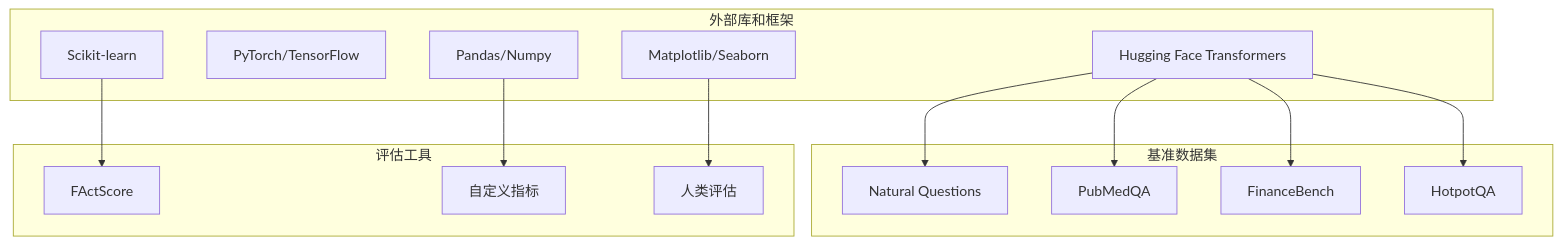
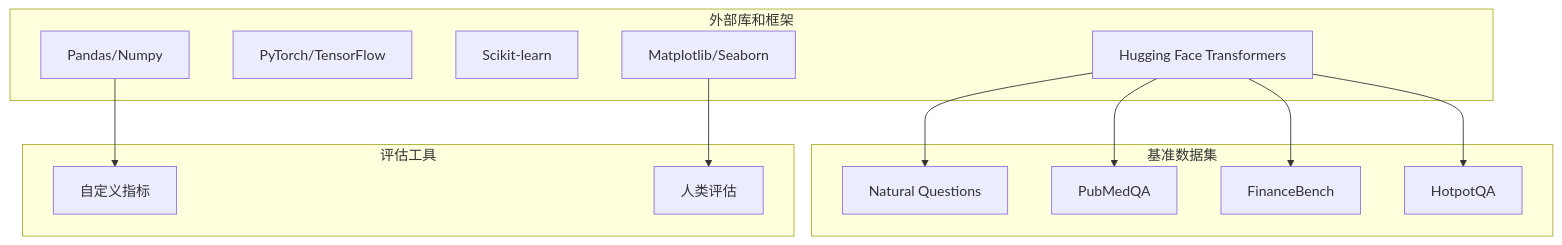
Before and after one commit to kitee0918/-nlp-rag-project: the tenth of 15 diagrams in .qoder/repowiki/zh/content/跨领域性能评估.md, drawn with Mermaid. The commit also changed other lines of this file and 9 other files, not shown here.

````diff
--- a/.qoder/repowiki/zh/content/跨领域性能评估.md
+++ b/.qoder/repowiki/zh/content/跨领域性能评估.md
@@ -344,28 +306,26 @@
 ```mermaid
 graph TB
 subgraph "外部库和框架"
 A[Hugging Face Transformers]
 B[PyTorch/TensorFlow]
 C[Scikit-learn]
 D[Pandas/Numpy]
 E[Matplotlib/Seaborn]
 end
 subgraph "基准数据集"
 F[Natural Questions]
 G[PubMedQA]
 H[FinanceBench]
 I[HotpotQA]
 end
 subgraph "评估工具"
-J[FActScore]
 K[自定义指标]
 L[人类评估]
 end
 A --> F
 A --> G
 A --> H
 A --> I
-C --> J
 D --> K
 E --> L
 ```
````
